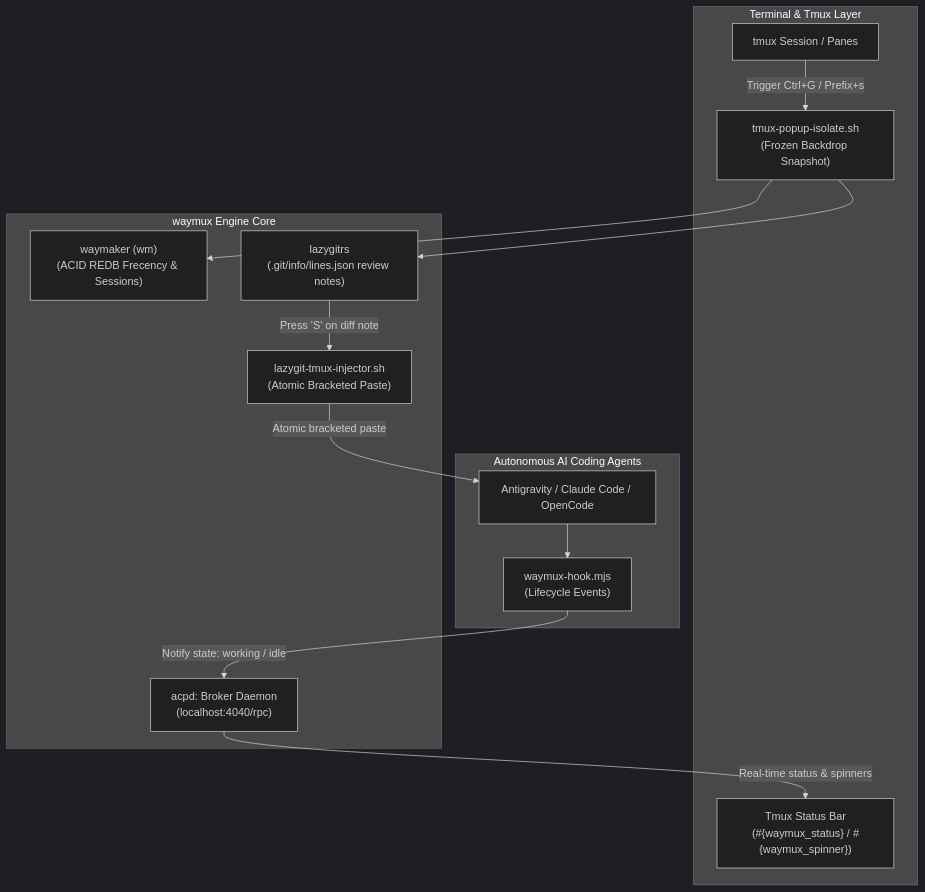
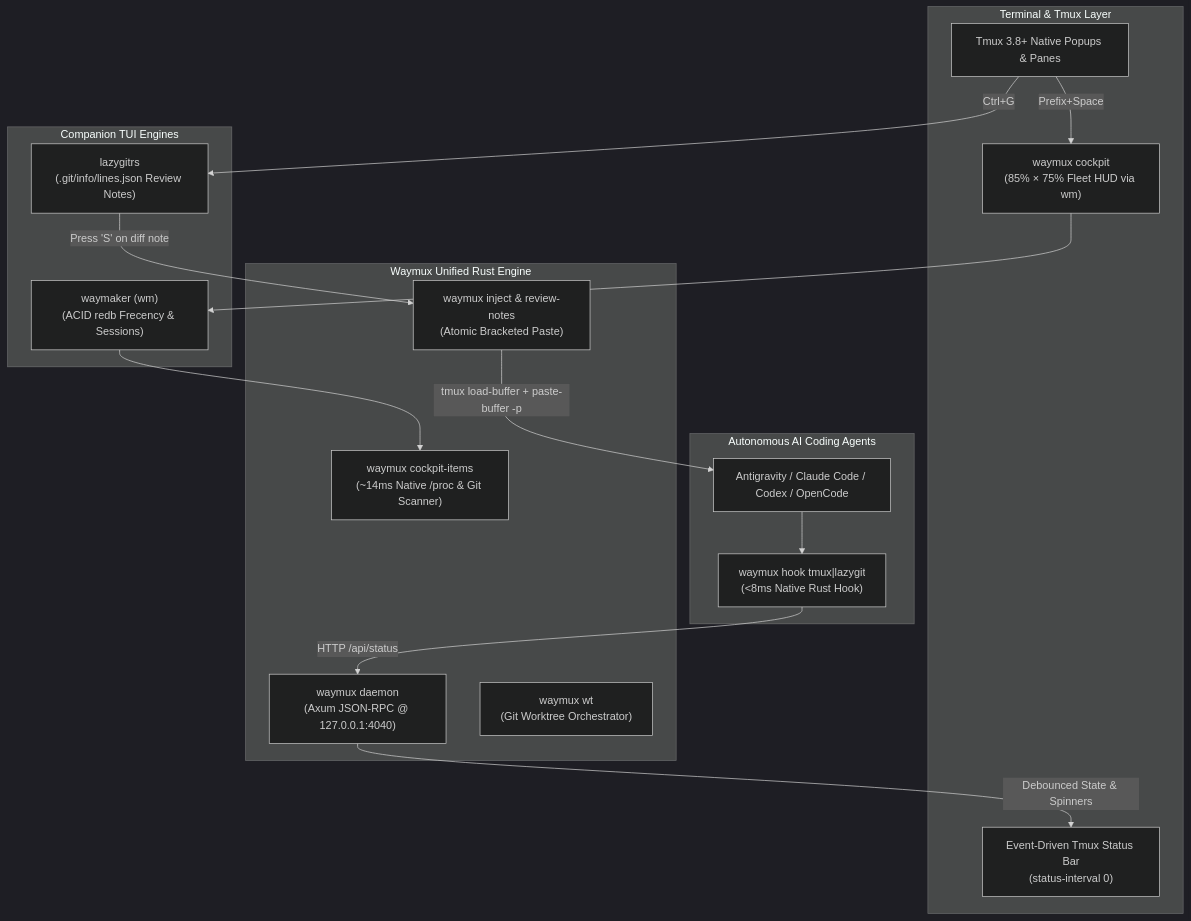
One commit to felipecm-br/waymux changed the diagram in README.md. Above: the diagram before and after it, drawn with Mermaid (dark theme). The commit also changed other lines of this file and 49 other files, not shown here.

Commit message:
feat: unify waymux v0.2.0 single-binary Rust orchestrator and ACPD daemon

````diff
--- a/README.md
+++ b/README.md
@@ -76,29 +140,35 @@
 ```mermaid
 flowchart TD
     subgraph UI ["Terminal & Tmux Layer"]
-        Tmux["tmux Session / Panes"]
-        Popup["tmux-popup-isolate.sh\n(Frozen Backdrop Snapshot)"]
-        Bar["Tmux Status Bar\n(#{waymux_status} / #{waymux_spinner})"]
+        Tmux["Tmux 3.8+ Native Popups & Panes"]
+        Cockpit["waymux cockpit\n(85% × 75% Fleet HUD via wm)"]
+        Bar["Event-Driven Tmux Status Bar\n(status-interval 0)"]
     end
 
     subgraph Agents ["Autonomous AI Coding Agents"]
-        Agent["Antigravity / Claude Code / OpenCode"]
-        Hook["waymux-hook.mjs\n(Lifecycle Events)"]
+        Agent["Antigravity / Claude Code / Codex / OpenCode"]
+        Hook["waymux hook tmux|lazygit\n(<8ms Native Rust Hook)"]
     end
 
-    subgraph Stack ["waymux Engine Core"]
-        ACPD["acpd: Broker Daemon\n(localhost:4040/rpc)"]
-        WM["waymaker (wm)\n(ACID REDB Frecency & Sessions)"]
-        LG["lazygitrs\n(.git/info/lines.json review notes)"]
-        Injector["lazygit-tmux-injector.sh\n(Atomic Bracketed Paste)"]
+    subgraph Core ["Waymux Unified Rust Engine"]
+        Daemon["waymux daemon\n(Axum JSON-RPC @ 127.0.0.1:4040)"]
+        Scanner["waymux cockpit-items\n(~14ms Native /proc & Git Scanner)"]
+        Injector["waymux inject & review-notes\n(Atomic Bracketed Paste)"]
+        WT["waymux wt\n(Git Worktree Orchestrator)"]
+    end
+
+    subgraph Companion ["Companion TUI Engines"]
+        WM["waymaker (wm)\n(ACID redb Frecency & Sessions)"]
+        LG["lazygitrs\n(.git/info/lines.json Review Notes)"]
     end
 
     Agent --> Hook
-    Hook -->|Notify state: working / idle| ACPD
-    ACPD -->|Real-time status & spinners| Bar
-    Tmux -->|Trigger Ctrl+G / Prefix+s| Popup
-    Popup --> WM
-    Popup --> LG
+    Hook -->|HTTP /api/status| Daemon
+    Daemon -->|Debounced State & Spinners| Bar
+    Tmux -->|Prefix+Space| Cockpit
+    Cockpit --> WM
+    WM --> Scanner
+    Tmux -->|Ctrl+G| LG
     LG -->|Press 'S' on diff note| Injector
-    Injector -->|Atomic bracketed paste| Agent
+    Injector -->|tmux load-buffer + paste-buffer -p| Agent
 ```
````
